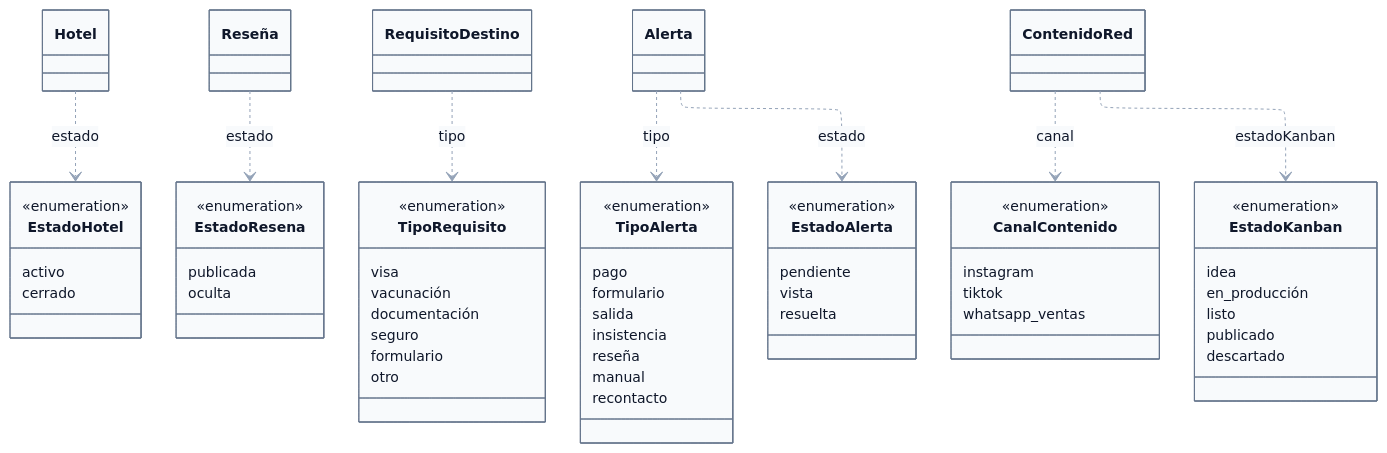
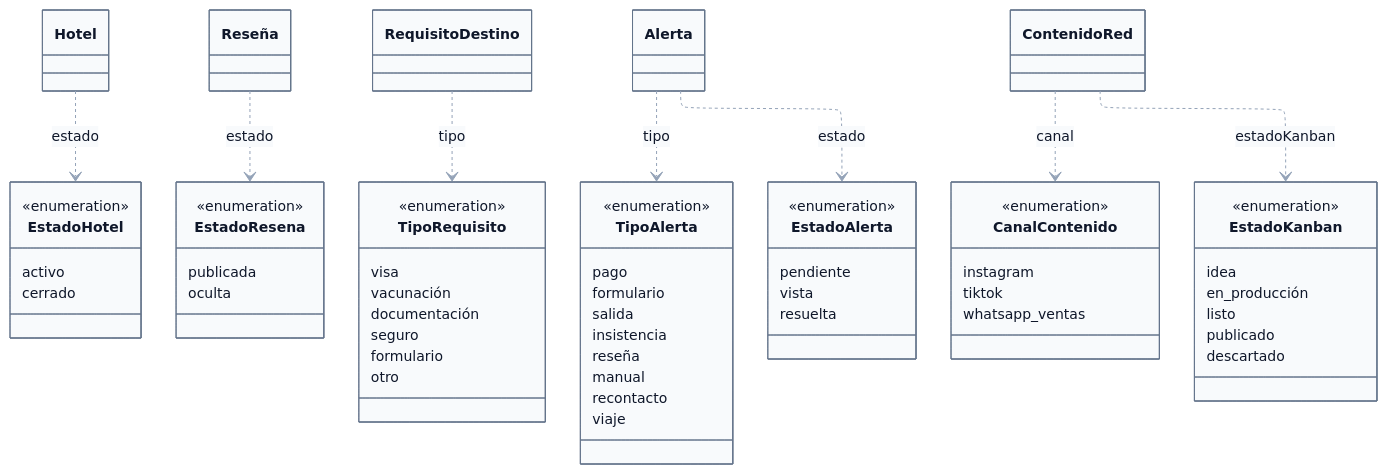
The fourth of 4 diagrams in 03-Dominio/Diagramas/DGM — Diagrama de clases.md (FranLuciano04/Vault-Rumbo), drawn with Mermaid before and after one commit. The commit also changed other lines of this file and 84 other files, not shown here.

````diff
--- a/03-Dominio/Diagramas/DGM — Diagrama de clases.md
+++ b/03-Dominio/Diagramas/DGM — Diagrama de clases.md
@@ -327,66 +329,67 @@
 ```mermaid
 %%{init: {'layout':'elk','elk':{'mergeEdges':false,'nodePlacementStrategy':'BRANDES_KOEPF'},'theme':'base','themeVariables':{'fontFamily':'Segoe UI, Arial, sans-serif','fontSize':'14px','primaryColor':'#f8fafc','primaryBorderColor':'#64748b','primaryTextColor':'#0f172a','lineColor':'#94a3b8'}}}%%
 classDiagram
     direction TB
     class Hotel
     class Resena["Reseña"]
     class RequisitoDestino
     class Alerta
     class ContenidoRed
     class EstadoHotel {
         <<enumeration>>
         activo
         cerrado
     }
     class EstadoResena {
         <<enumeration>>
         publicada
         oculta
     }
     class TipoRequisito {
         <<enumeration>>
         visa
         vacunación
         documentación
         seguro
         formulario
         otro
     }
     class TipoAlerta {
         <<enumeration>>
         pago
         formulario
         salida
         insistencia
         reseña
         manual
         recontacto
+        viaje
     }
     class EstadoAlerta {
         <<enumeration>>
         pendiente
         vista
         resuelta
     }
     class CanalContenido {
         <<enumeration>>
         instagram
         tiktok
         whatsapp_ventas
     }
     class EstadoKanban {
         <<enumeration>>
         idea
         en_producción
         listo
         publicado
         descartado
     }
     Hotel ..> EstadoHotel : estado
     Resena ..> EstadoResena : estado
     RequisitoDestino ..> TipoRequisito : tipo
     Alerta ..> TipoAlerta : tipo
     Alerta ..> EstadoAlerta : estado
     ContenidoRed ..> CanalContenido : canal
     ContenidoRed ..> EstadoKanban : estadoKanban
 ```
````
